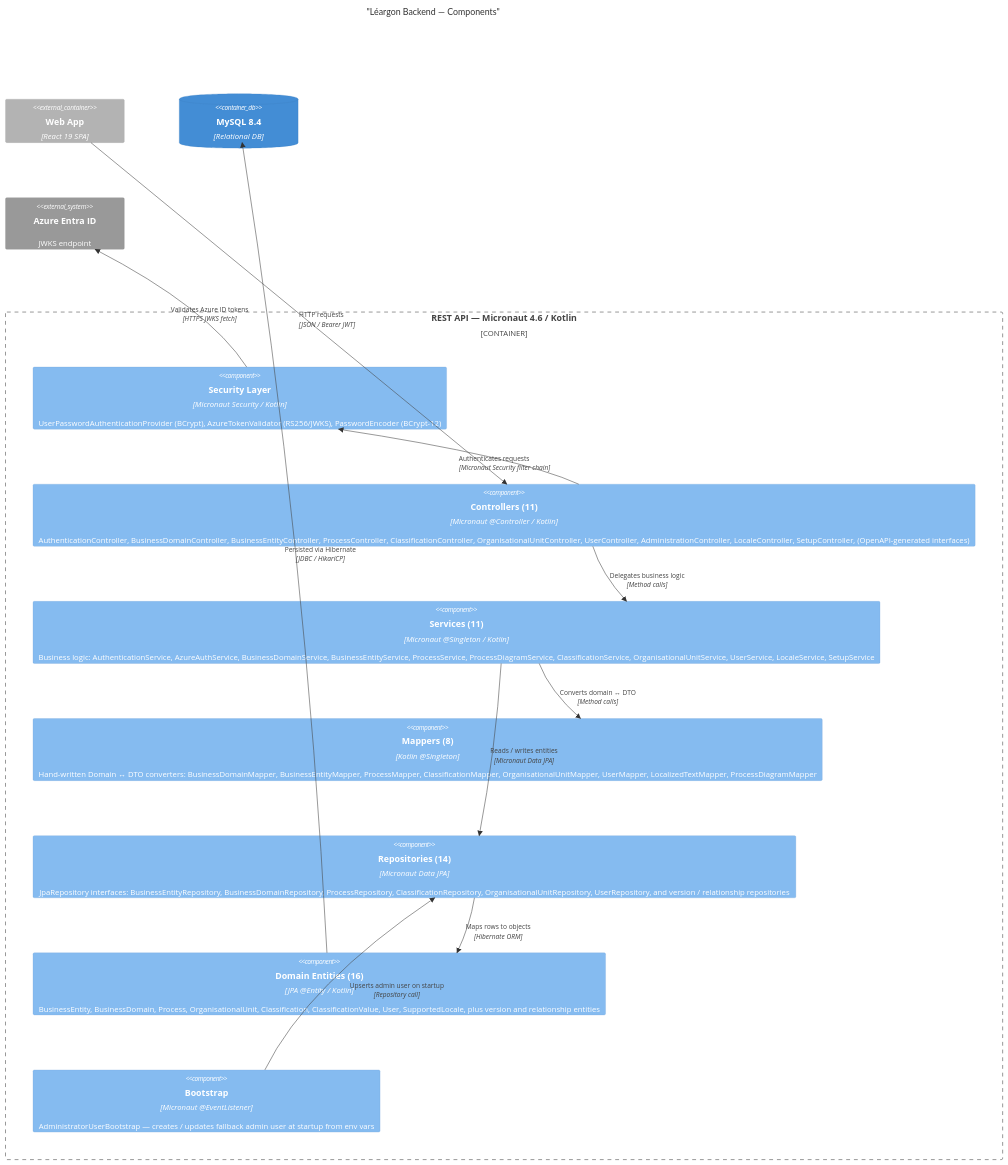
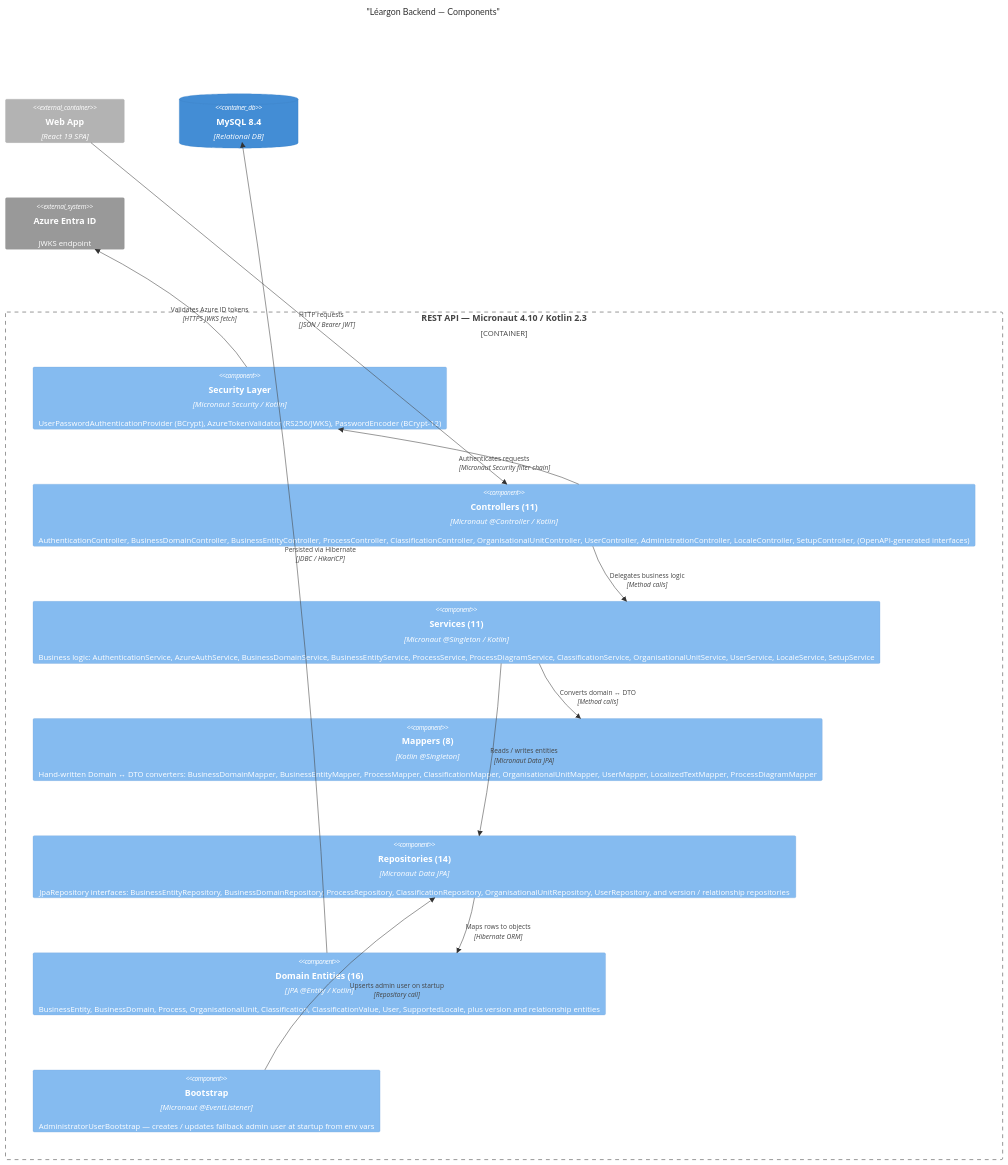
The third of 7 diagrams in ARCHITECTURE.md (Leargon/Leargon), drawn with Mermaid before and after one commit. The commit also changed other lines of this file and 8 other files, not shown here.

````diff
--- a/ARCHITECTURE.md
+++ b/ARCHITECTURE.md
@@ -67,29 +67,29 @@
 ```mermaid
 C4Component
   title "Léargon Backend — Components"
 
   Container_Ext(frontend, "Web App", "React 19 SPA")
   ContainerDb(db, "MySQL 8.4", "Relational DB")
   System_Ext(azure, "Azure Entra ID", "JWKS endpoint")
 
-  Container_Boundary(api, "REST API — Micronaut 4.6 / Kotlin") {
+  Container_Boundary(api, "REST API — Micronaut 4.10 / Kotlin 2.3") {
 
     Component(sec, "Security Layer", "Micronaut Security / Kotlin", "UserPasswordAuthenticationProvider (BCrypt), AzureTokenValidator (RS256/JWKS), PasswordEncoder (BCrypt-12)")
     Component(ctrl, "Controllers (11)", "Micronaut @Controller / Kotlin", "AuthenticationController, BusinessDomainController, BusinessEntityController, ProcessController, ClassificationController, OrganisationalUnitController, UserController, AdministrationController, LocaleController, SetupController, (OpenAPI-generated interfaces)")
     Component(svc, "Services (11)", "Micronaut @Singleton / Kotlin", "Business logic: AuthenticationService, AzureAuthService, BusinessDomainService, BusinessEntityService, ProcessService, ProcessDiagramService, ClassificationService, OrganisationalUnitService, UserService, LocaleService, SetupService")
     Component(mapper, "Mappers (8)", "Kotlin @Singleton", "Hand-written Domain ↔ DTO converters: BusinessDomainMapper, BusinessEntityMapper, ProcessMapper, ClassificationMapper, OrganisationalUnitMapper, UserMapper, LocalizedTextMapper, ProcessDiagramMapper")
     Component(repo, "Repositories (14)", "Micronaut Data JPA", "JpaRepository interfaces: BusinessEntityRepository, BusinessDomainRepository, ProcessRepository, ClassificationRepository, OrganisationalUnitRepository, UserRepository, and version / relationship repositories")
     Component(domain, "Domain Entities (16)", "JPA @Entity / Kotlin", "BusinessEntity, BusinessDomain, Process, OrganisationalUnit, Classification, ClassificationValue, User, SupportedLocale, plus version and relationship entities")
     Component(bootstrap, "Bootstrap", "Micronaut @EventListener", "AdministratorUserBootstrap — creates / updates fallback admin user at startup from env vars")
   }
 
   Rel(frontend, ctrl, "HTTP requests", "JSON / Bearer JWT")
   Rel(ctrl, sec, "Authenticates requests", "Micronaut Security filter chain")
   Rel(ctrl, svc, "Delegates business logic", "Method calls")
   Rel(svc, mapper, "Converts domain ↔ DTO", "Method calls")
   Rel(svc, repo, "Reads / writes entities", "Micronaut Data JPA")
   Rel(repo, domain, "Maps rows to objects", "Hibernate ORM")
   Rel(domain, db, "Persisted via Hibernate", "JDBC / HikariCP")
   Rel(sec, azure, "Validates Azure ID tokens", "HTTPS JWKS fetch")
   Rel(bootstrap, repo, "Upserts admin user on startup", "Repository call")
 ```
````
